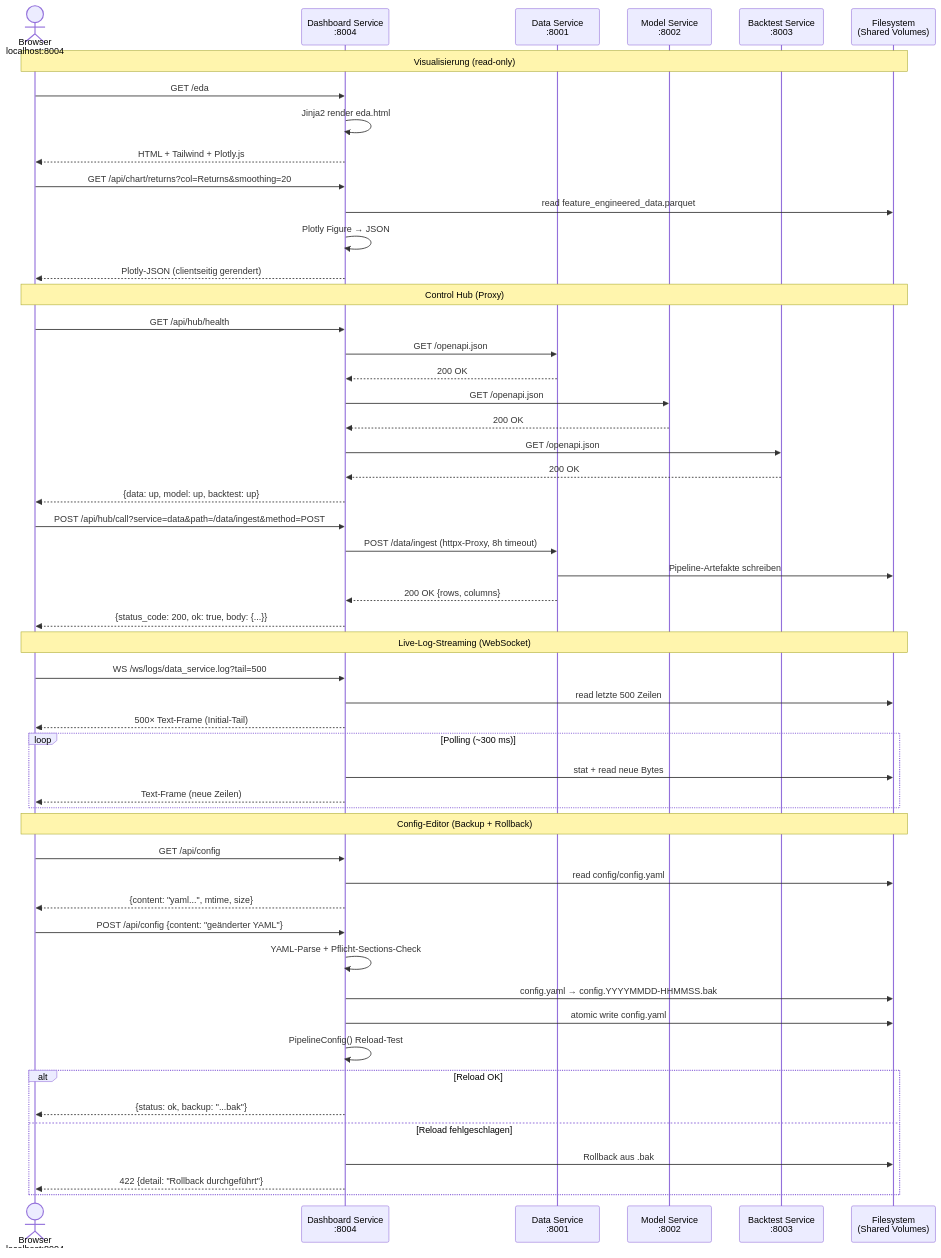
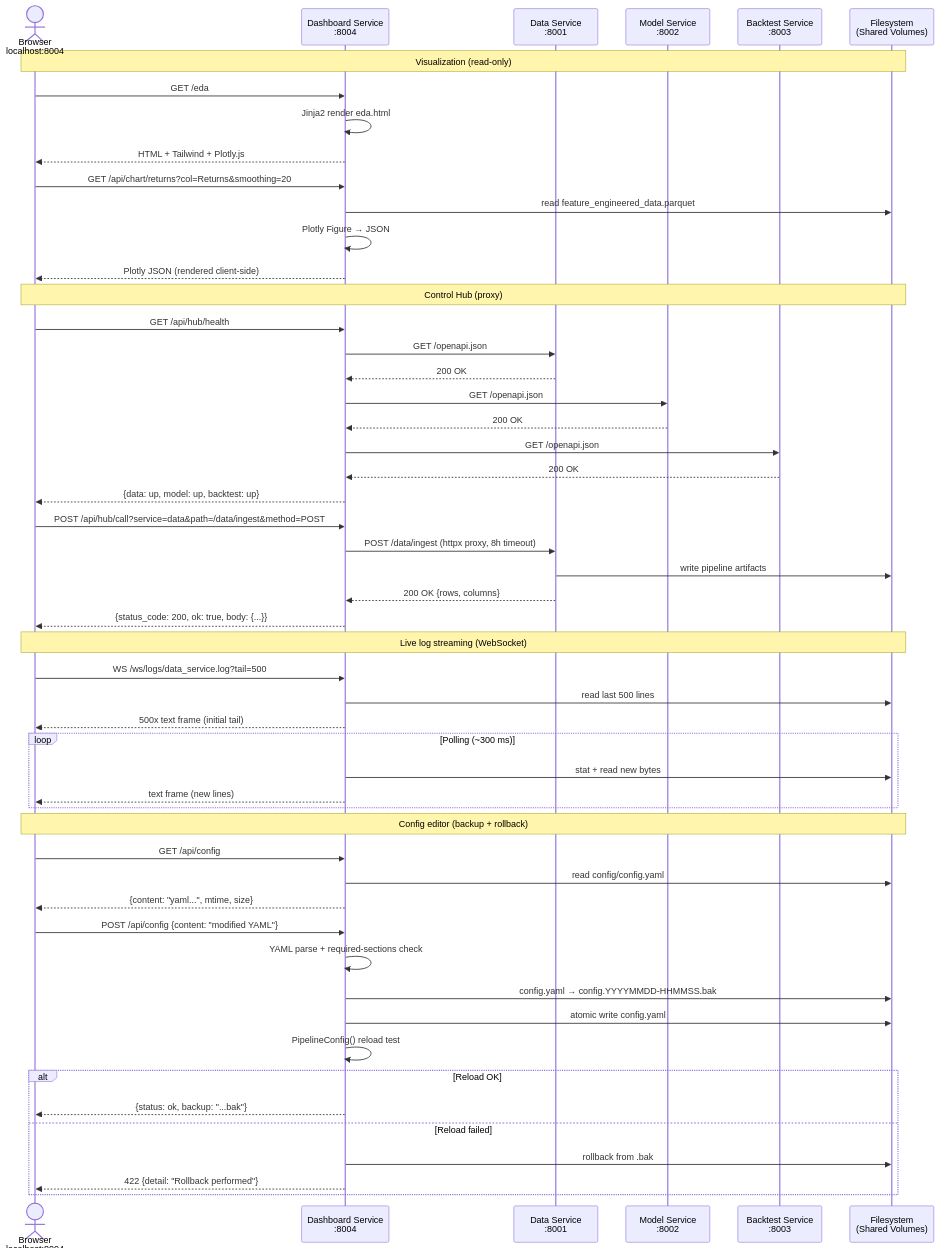
The third of 3 diagrams in docs/microservice-sequence-diagram.md (Torim98/regime-switching-daa-paper), drawn with Mermaid before and after one commit. The commit also changed other lines of this file and 7 other files, not shown here.

````diff
--- a/docs/microservice-sequence-diagram.md
+++ b/docs/microservice-sequence-diagram.md
@@ -133,59 +133,59 @@
 ```mermaid
 sequenceDiagram
     actor User as Browser<br/>localhost:8004
     participant DB as Dashboard Service<br/>:8004
     participant DS as Data Service<br/>:8001
     participant MS as Model Service<br/>:8002
     participant BS as Backtest Service<br/>:8003
     participant FS as Filesystem<br/>(Shared Volumes)
 
-    Note over User,FS: Visualisierung (read-only)
+    Note over User,FS: Visualization (read-only)
     User->>DB: GET /eda
     DB->>DB: Jinja2 render eda.html
     DB-->>User: HTML + Tailwind + Plotly.js
     User->>DB: GET /api/chart/returns?col=Returns&smoothing=20
     DB->>FS: read feature_engineered_data.parquet
     DB->>DB: Plotly Figure → JSON
-    DB-->>User: Plotly-JSON (clientseitig gerendert)
+    DB-->>User: Plotly JSON (rendered client-side)
 
-    Note over User,FS: Control Hub (Proxy)
+    Note over User,FS: Control Hub (proxy)
     User->>DB: GET /api/hub/health
     DB->>DS: GET /openapi.json
     DS-->>DB: 200 OK
     DB->>MS: GET /openapi.json
     MS-->>DB: 200 OK
     DB->>BS: GET /openapi.json
     BS-->>DB: 200 OK
     DB-->>User: {data: up, model: up, backtest: up}
 
     User->>DB: POST /api/hub/call?service=data&path=/data/ingest&method=POST
-    DB->>DS: POST /data/ingest (httpx-Proxy, 8h timeout)
-    DS->>FS: Pipeline-Artefakte schreiben
+    DB->>DS: POST /data/ingest (httpx proxy, 8h timeout)
+    DS->>FS: write pipeline artifacts
     DS-->>DB: 200 OK {rows, columns}
     DB-->>User: {status_code: 200, ok: true, body: {...}}
 
-    Note over User,FS: Live-Log-Streaming (WebSocket)
+    Note over User,FS: Live log streaming (WebSocket)
     User->>DB: WS /ws/logs/data_service.log?tail=500
-    DB->>FS: read letzte 500 Zeilen
-    DB-->>User: 500× Text-Frame (Initial-Tail)
+    DB->>FS: read last 500 lines
+    DB-->>User: 500x text frame (initial tail)
     loop Polling (~300 ms)
-        DB->>FS: stat + read neue Bytes
-        DB-->>User: Text-Frame (neue Zeilen)
+        DB->>FS: stat + read new bytes
+        DB-->>User: text frame (new lines)
     end
 
-    Note over User,FS: Config-Editor (Backup + Rollback)
+    Note over User,FS: Config editor (backup + rollback)
     User->>DB: GET /api/config
     DB->>FS: read config/config.yaml
     DB-->>User: {content: "yaml...", mtime, size}
-    User->>DB: POST /api/config {content: "geänderter YAML"}
-    DB->>DB: YAML-Parse + Pflicht-Sections-Check
+    User->>DB: POST /api/config {content: "modified YAML"}
+    DB->>DB: YAML parse + required-sections check
     DB->>FS: config.yaml → config.YYYYMMDD-HHMMSS.bak
     DB->>FS: atomic write config.yaml
-    DB->>DB: PipelineConfig() Reload-Test
+    DB->>DB: PipelineConfig() reload test
     alt Reload OK
         DB-->>User: {status: ok, backup: "...bak"}
-    else Reload fehlgeschlagen
-        DB->>FS: Rollback aus .bak
-        DB-->>User: 422 {detail: "Rollback durchgeführt"}
+    else Reload failed
+        DB->>FS: rollback from .bak
+        DB-->>User: 422 {detail: "Rollback performed"}
     end
 ```
````
